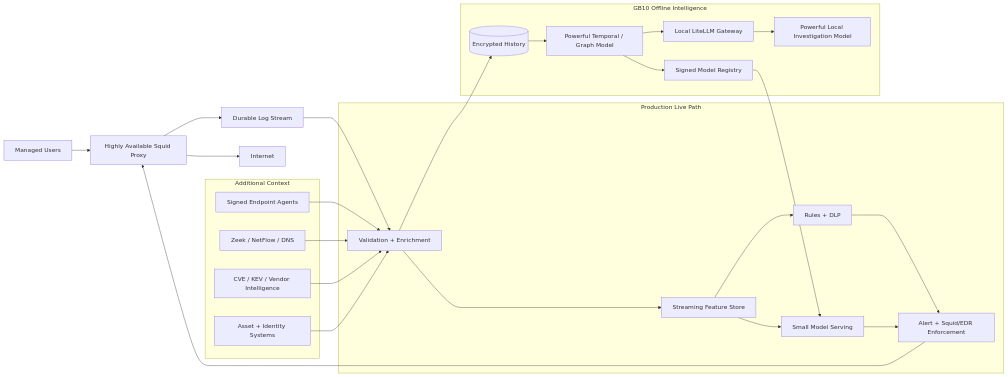
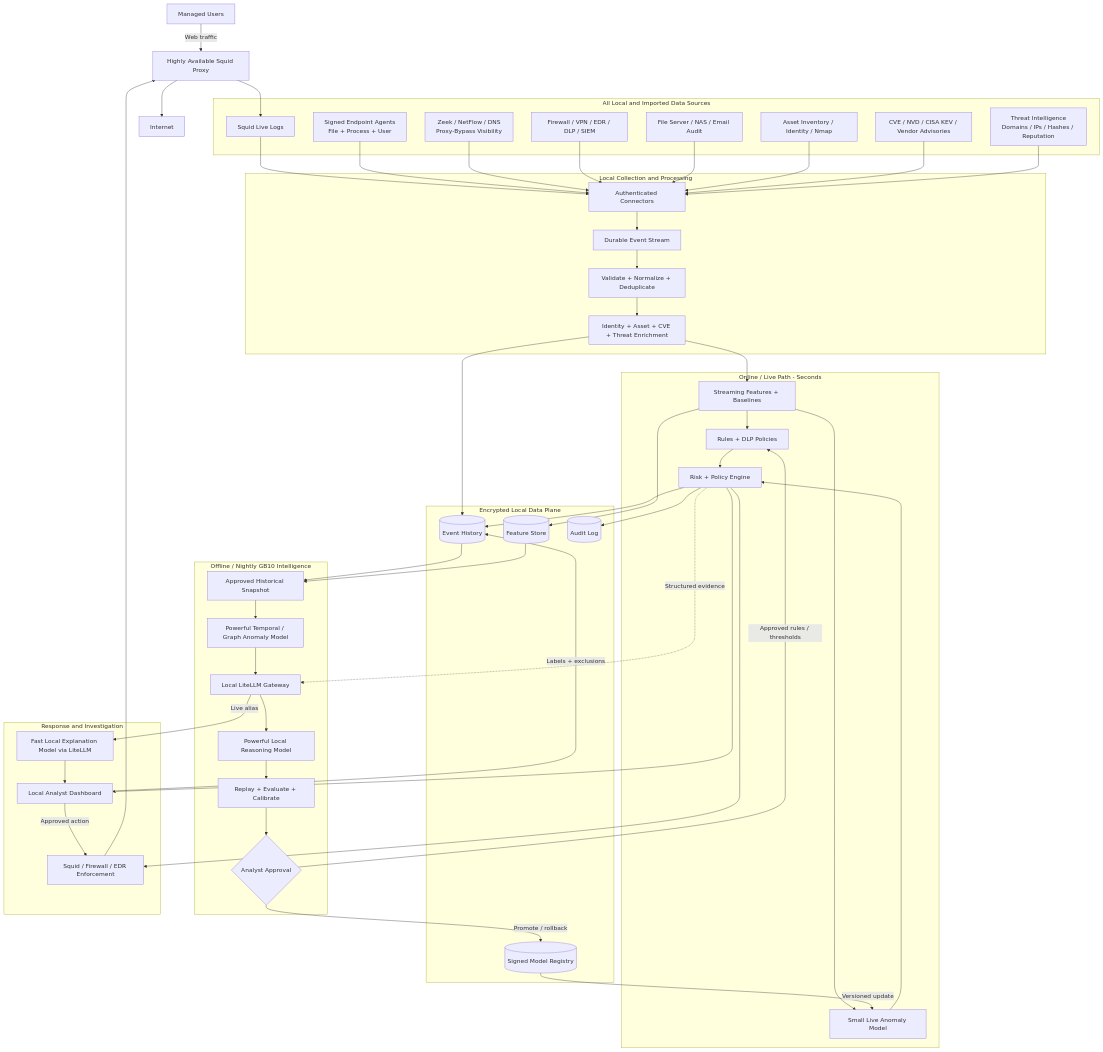
Before and after one commit to ric03uec/dell-x-nvidia-hackathon: the third of 3 diagrams in docs/exfiltration-protection-architecture.md, drawn with Mermaid. The commit also changed other lines of this file, not shown here.

Commit message:
docs: visualize eventual data and model architecture

````diff
--- a/docs/exfiltration-protection-architecture.md
+++ b/docs/exfiltration-protection-architecture.md
@@ -384,44 +392,90 @@
 ```mermaid
-flowchart LR
-    USERS[Managed Users] --> SQUID[Highly Available Squid Proxy]
+flowchart TB
+    USERS[Managed Users] -->|Web traffic| SQUID[Highly Available Squid Proxy]
     SQUID --> WEB[Internet]
-    SQUID --> STREAM[Durable Log Stream]
 
-    subgraph Context[Additional Context]
-        AGENTS[Signed Endpoint Agents]
-        NET[Zeek / NetFlow / DNS]
-        INTEL[CVE / KEV / Vendor Intelligence]
-        ID[Asset + Identity Systems]
+    subgraph Sources[All Local and Imported Data Sources]
+        SQLOG[Squid Live Logs]
+        AGENTS[Signed Endpoint Agents\nFile + Process + User]
+        NETWORK[Zeek / NetFlow / DNS\nProxy-Bypass Visibility]
+        SECURITY[Firewall / VPN / EDR / DLP / SIEM]
+        BUSINESS[File Server / NAS / Email Audit]
+        ASSETS[Asset Inventory / Identity / Nmap]
+        VULN[CVE / NVD / CISA KEV / Vendor Advisories]
+        THREAT[Threat Intelligence\nDomains / IPs / Hashes / Reputation]
     end
 
-    subgraph Live[Production Live Path]
-        PIPE[Validation + Enrichment]
-        FEATURE[Streaming Feature Store]
-        POLICY[Rules + DLP]
-        MODEL[Small Model Serving]
-        RESPONSE[Alert + Squid/EDR Enforcement]
+    SQUID --> SQLOG
+
+    subgraph Collection[Local Collection and Processing]
+        CONNECTORS[Authenticated Connectors]
+        QUEUE[Durable Event Stream]
+        NORMALIZE[Validate + Normalize + Deduplicate]
+        ENRICH[Identity + Asset + CVE + Threat Enrichment]
     end
 
-    subgraph Offline[GB10 Offline Intelligence]
-        HISTORY[(Encrypted History)]
-        LARGE[Powerful Temporal / Graph Model]
-        GATEWAY[Local LiteLLM Gateway]
-        LLM[Powerful Local Investigation Model]
-        REGISTRY[Signed Model Registry]
+    SQLOG --> CONNECTORS
+    AGENTS --> CONNECTORS
+    NETWORK --> CONNECTORS
+    SECURITY --> CONNECTORS
+    BUSINESS --> CONNECTORS
+    ASSETS --> CONNECTORS
+    VULN --> CONNECTORS
+    THREAT --> CONNECTORS
+    CONNECTORS --> QUEUE --> NORMALIZE --> ENRICH
+
+    subgraph Live[Online / Live Path - Seconds]
+        FEATURES[Streaming Features + Baselines]
+        RULES[Rules + DLP Policies]
+        SMALL[Small Live Anomaly Model]
+        RISK[Risk + Policy Engine]
     end
 
-    STREAM --> PIPE
-    AGENTS --> PIPE
-    NET --> PIPE
-    INTEL --> PIPE
-    ID --> PIPE
-    PIPE --> FEATURE
-    FEATURE --> POLICY
-    FEATURE --> MODEL
-    POLICY --> RESPONSE
-    MODEL --> RESPONSE
-    RESPONSE --> SQUID
-    PIPE --> HISTORY
-    HISTORY --> LARGE --> GATEWAY --> LLM
-    LARGE --> REGISTRY --> MODEL
+    ENRICH --> FEATURES
+    FEATURES --> RULES
+    FEATURES --> SMALL
+    RULES --> RISK
+    SMALL --> RISK
+
+    subgraph Data[Encrypted Local Data Plane]
+        HISTORY[(Event History)]
+        FEATURESTORE[(Feature Store)]
+        AUDIT[(Audit Log)]
+        REGISTRY[(Signed Model Registry)]
+    end
+
+    ENRICH --> HISTORY
+    FEATURES --> FEATURESTORE
+    RISK --> HISTORY
+    RISK --> AUDIT
+
+    subgraph Offline[Offline / Nightly GB10 Intelligence]
+        DATASET[Approved Historical Snapshot]
+        DEEP[Powerful Temporal / Graph Anomaly Model]
+        LITELLM[Local LiteLLM Gateway]
+        REASON[Powerful Local Reasoning Model]
+        EVALUATE[Replay + Evaluate + Calibrate]
+        GATE{Analyst Approval}
+    end
+
+    HISTORY --> DATASET
+    FEATURESTORE --> DATASET
+    DATASET --> DEEP --> LITELLM --> REASON --> EVALUATE --> GATE
+    GATE -->|Promote / rollback| REGISTRY
+    REGISTRY -->|Versioned update| SMALL
+    GATE -->|Approved rules / thresholds| RULES
+
+    subgraph Response[Response and Investigation]
+        DASHBOARD[Local Analyst Dashboard]
+        EXPLAIN[Fast Local Explanation Model via LiteLLM]
+        ENFORCE[Squid / Firewall / EDR Enforcement]
+    end
+
+    RISK --> DASHBOARD
+    RISK -.->|Structured evidence| LITELLM
+    LITELLM -->|Live alias| EXPLAIN --> DASHBOARD
+    RISK --> ENFORCE
+    DASHBOARD -->|Approved action| ENFORCE
+    ENFORCE --> SQUID
+    DASHBOARD -->|Labels + exclusions| HISTORY
 ```
````
